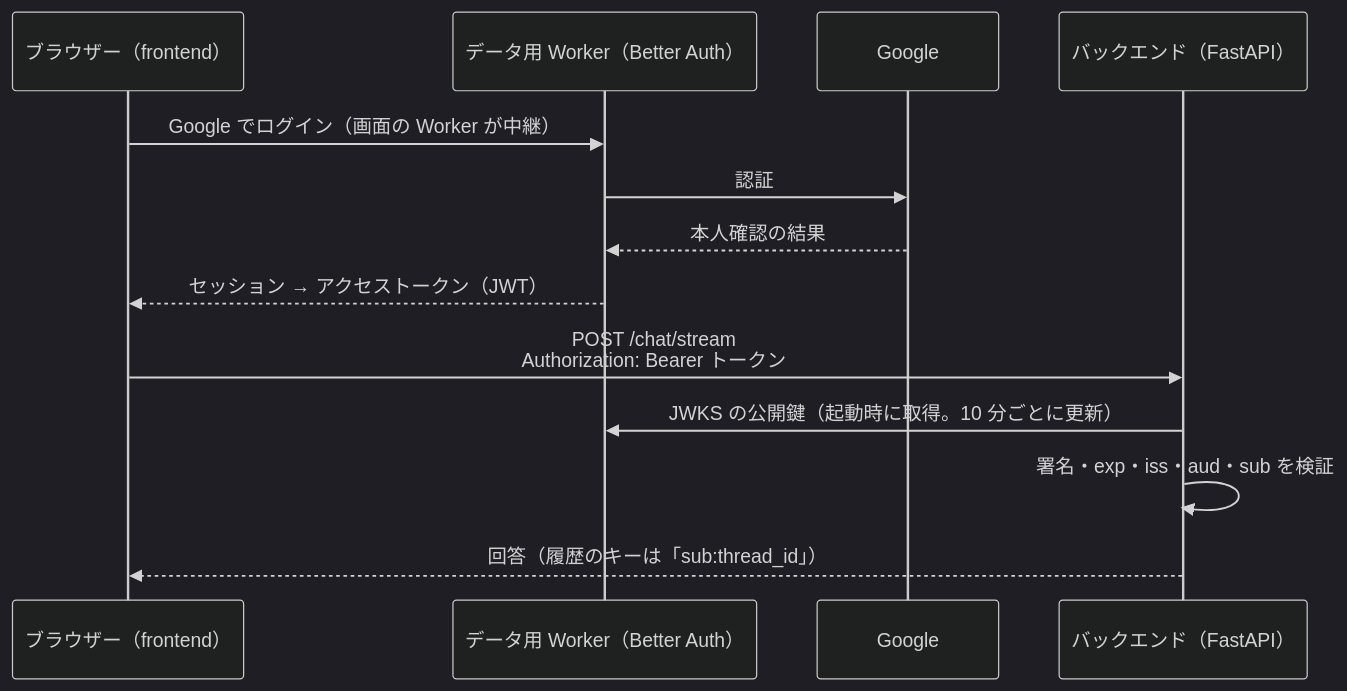
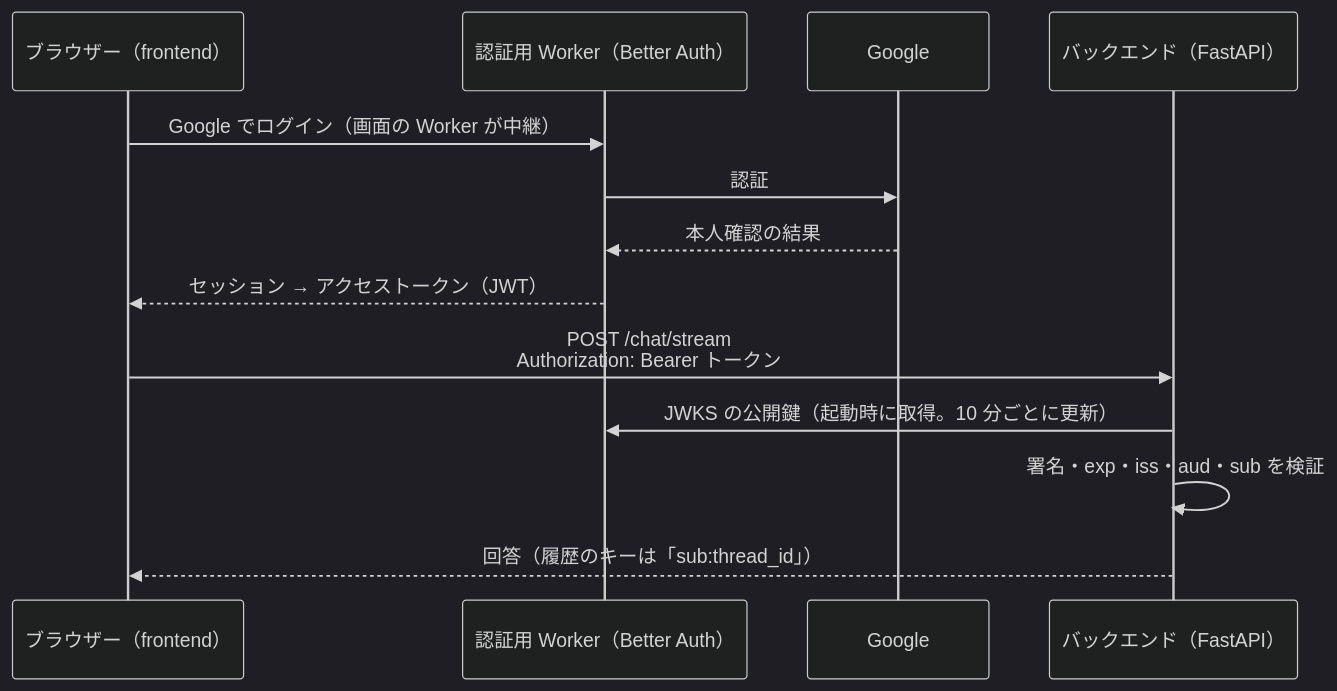
One commit to Starlight-Tree/DocuNavi changed the third of 3 diagrams in docs/architecture.md. Above: the diagram before and after it, drawn with Mermaid (dark theme). The commit also changed other lines of this file, not shown here.

First line of the commit message:
docs: correct the data path in architecture.md to Postgres

````diff
--- a/docs/architecture.md
+++ b/docs/architecture.md
@@ -144,16 +146,16 @@
 ```mermaid
 sequenceDiagram
     participant B as ブラウザー（frontend）
-    participant W as データ用 Worker（Better Auth）
+    participant W as 認証用 Worker（Better Auth）
     participant G as Google
     participant A as バックエンド（FastAPI）
 
     B->>W: Google でログイン（画面の Worker が中継）
     W->>G: 認証
     G-->>W: 本人確認の結果
     W-->>B: セッション → アクセストークン（JWT）
     B->>A: POST /chat/stream<br/>Authorization: Bearer トークン
     A->>W: JWKS の公開鍵（起動時に取得。10 分ごとに更新）
     A->>A: 署名・exp・iss・aud・sub を検証
     A-->>B: 回答（履歴のキーは「sub:thread_id」）
 ```
````
